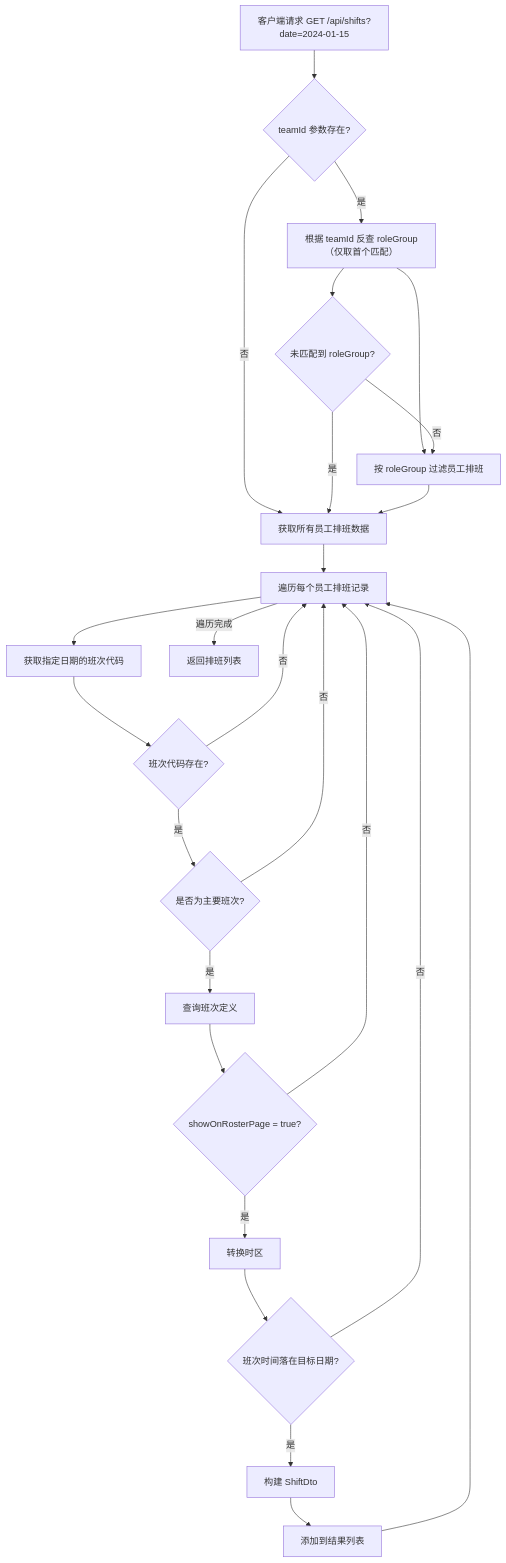
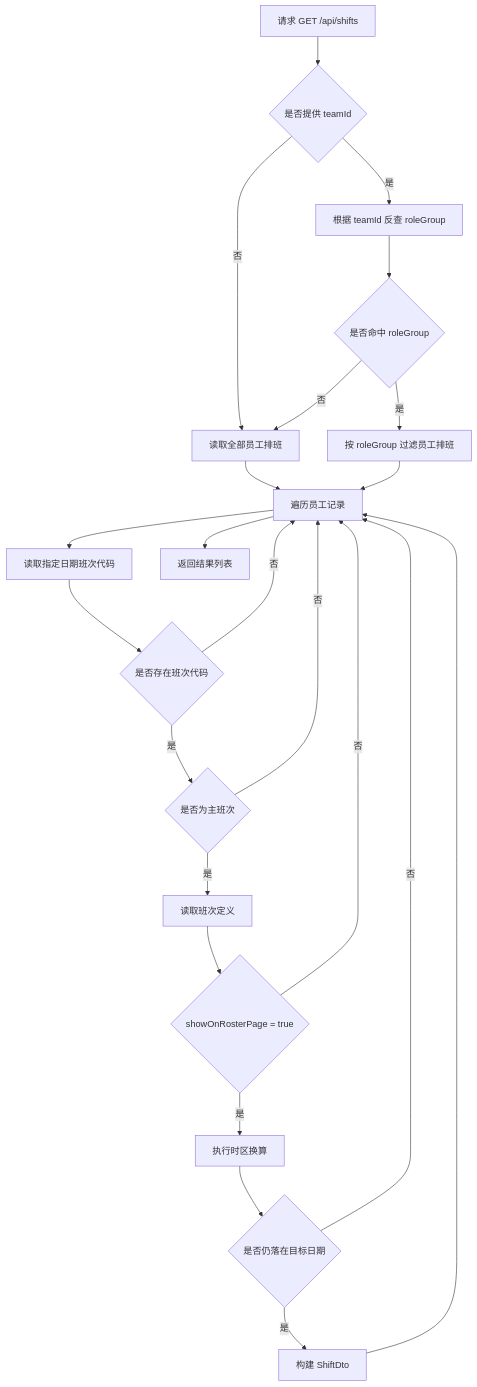
Before and after one commit to yachi666/support-roster-server: the second of 3 diagrams in .specs/domain-logic.md, drawn with Mermaid. The commit also changed other lines of this file and 34 other files, not shown here.

Commit message:
feat: Enhance shift definition deletion process with roster assignment cleanup

````diff
--- a/.specs/domain-logic.md
+++ b/.specs/domain-logic.md
@@ -130,27 +136,25 @@
 ```mermaid
 flowchart TD
-    A[客户端请求 GET /api/shifts?date=2024-01-15] --> B{teamId 参数存在?}
-    B -->|是| C[根据 teamId 反查 roleGroup（仅取首个匹配）]
-    B -->|否| D[获取所有员工排班数据]
-    C --> E[按 roleGroup 过滤员工排班]
-    C --> C2{未匹配到 roleGroup?}
-    C2 -->|是| D
-    C2 -->|否| E
-    E --> D
-    D --> F[遍历每个员工排班记录]
-    F --> G[获取指定日期的班次代码]
-    G --> H{班次代码存在?}
-    H -->|否| F
-    H -->|是| I{是否为主要班次?}
-    I -->|否| F
-    I -->|是| J[查询班次定义]
-    J --> K{showOnRosterPage = true?}
-    K -->|否| F
-    K -->|是| L[转换时区]
-    L --> M{班次时间落在目标日期?}
-    M -->|否| F
-    M -->|是| N[构建 ShiftDto]
-    N --> O[添加到结果列表]
-    O --> F
-    F --> |遍历完成| P[返回排班列表]
+    A[请求 GET /api/shifts] --> B{是否提供 teamId}
+    B -->|否| C[读取全部员工排班]
+    B -->|是| D[根据 teamId 反查 roleGroup]
+    D --> E{是否命中 roleGroup}
+    E -->|否| C
+    E -->|是| F[按 roleGroup 过滤员工排班]
+    C --> G[遍历员工记录]
+    F --> G
+    G --> H[读取指定日期班次代码]
+    H --> I{是否存在班次代码}
+    I -->|否| G
+    I -->|是| J{是否为主班次}
+    J -->|否| G
+    J -->|是| K[读取班次定义]
+    K --> L{showOnRosterPage = true}
+    L -->|否| G
+    L -->|是| M[执行时区换算]
+    M --> N{是否仍落在目标日期}
+    N -->|否| G
+    N -->|是| O[构建 ShiftDto]
+    O --> G
+    G --> P[返回结果列表]
 ```
````
